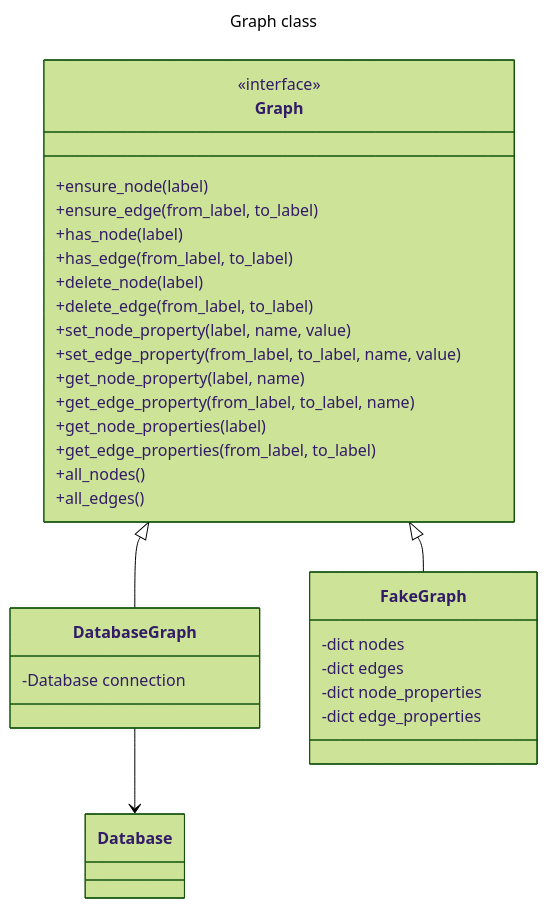
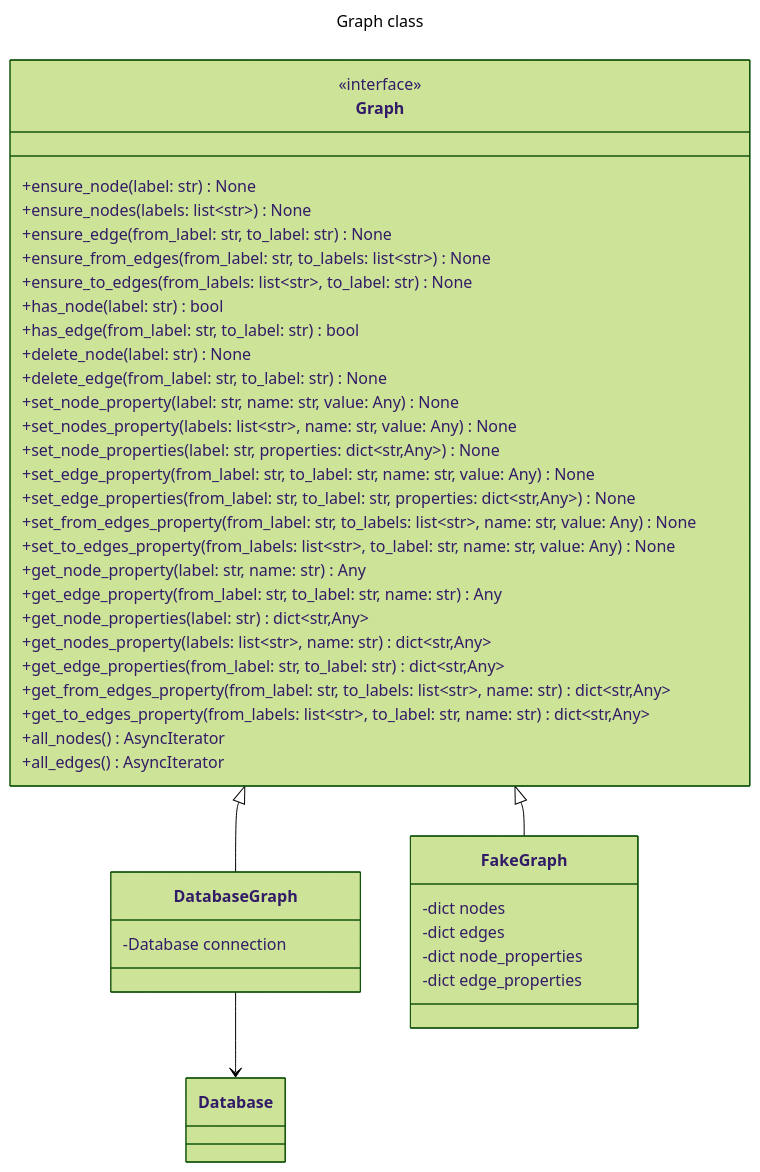
The diagram in docs/graph.md (pub-crawler/pub-crawler), drawn with Mermaid (forest theme) before and after one commit. The commit also changed 3 other files, not shown here.

Commit message:
feat: bulk update, query methods for Graph

````diff
--- a/docs/graph.md
+++ b/docs/graph.md
@@ -3,36 +3,47 @@
 ```mermaid
 ---
 title: Graph class
 ---
 classDiagram
     class Database
     class Graph {
         <<interface>>
-        +ensure_node(label)
-        +ensure_edge(from_label, to_label)
-        +has_node(label)
-        +has_edge(from_label, to_label)
-        +delete_node(label)
-        +delete_edge(from_label, to_label)
-        +set_node_property(label, name, value)
-        +set_edge_property(from_label, to_label, name, value)
-        +get_node_property(label, name)
-        +get_edge_property(from_label, to_label, name)
-        +get_node_properties(label)
-        +get_edge_properties(from_label, to_label)
-        +all_nodes()
-        +all_edges()
+        +ensure_node(label: str) None
+        +ensure_nodes(labels: list~str~) None
+        +ensure_edge(from_label: str, to_label: str) None
+        +ensure_from_edges(from_label: str, to_labels: list~str~) None
+        +ensure_to_edges(from_labels: list~str~, to_label: str) None
+        +has_node(label: str) bool
+        +has_edge(from_label: str, to_label: str) bool
+        +delete_node(label: str) None
+        +delete_edge(from_label: str, to_label: str) None
+        +set_node_property(label: str, name: str, value: Any) None
+        +set_nodes_property(labels: list~str~, name: str, value: Any) None
+        +set_node_properties(label: str, properties: dict~str,Any~) None
+        +set_edge_property(from_label: str, to_label: str, name: str, value: Any) None
+        +set_edge_properties(from_label: str, to_label: str, properties: dict~str,Any~) None
+        +set_from_edges_property(from_label: str, to_labels: list~str~, name: str, value: Any) None
+        +set_to_edges_property(from_labels: list~str~, to_label: str, name: str, value: Any) None
+        +get_node_property(label: str, name: str) Any
+        +get_edge_property(from_label: str, to_label: str, name: str) Any
+        +get_node_properties(label: str) dict~str,Any~
+        +get_nodes_property(labels: list~str~, name: str) dict~str,Any~
+        +get_edge_properties(from_label: str, to_label: str) dict~str,Any~
+        +get_from_edges_property(from_label: str, to_labels: list~str~, name: str) dict~str,Any~
+        +get_to_edges_property(from_labels: list~str~, to_label: str, name: str) dict~str,Any~
+        +all_nodes() AsyncIterator
+        +all_edges() AsyncIterator
     }
     class DatabaseGraph {
         -Database connection
     }
     DatabaseGraph --> Database
     class FakeGraph {
         -dict nodes
         -dict edges
         -dict node_properties
         -dict edge_properties
     }
     Graph <|-- DatabaseGraph
     Graph <|-- FakeGraph
 ```
````
